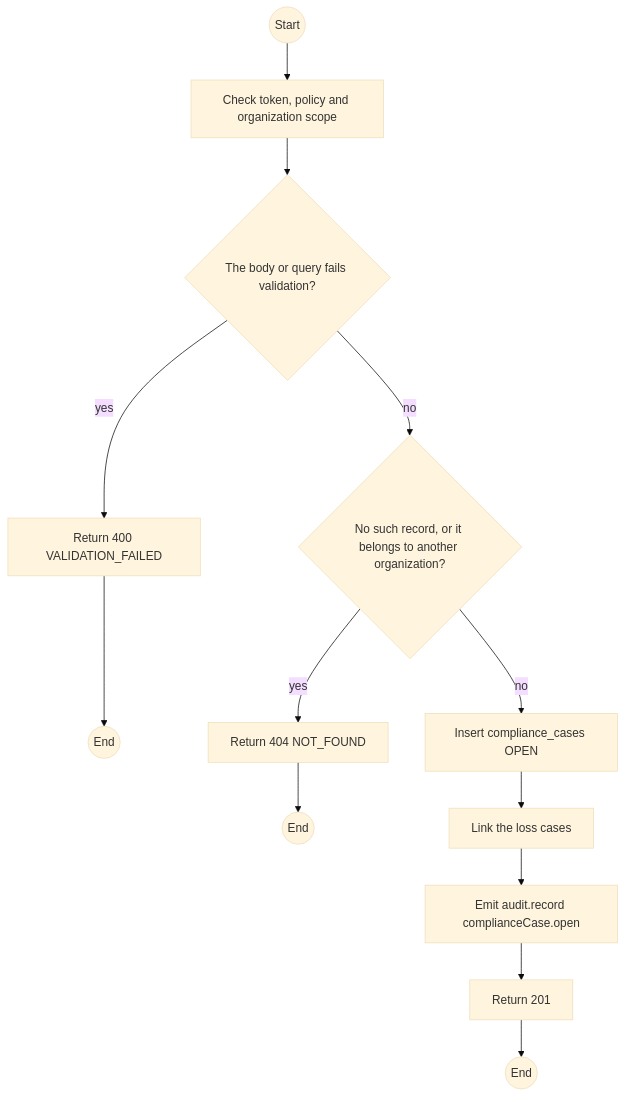
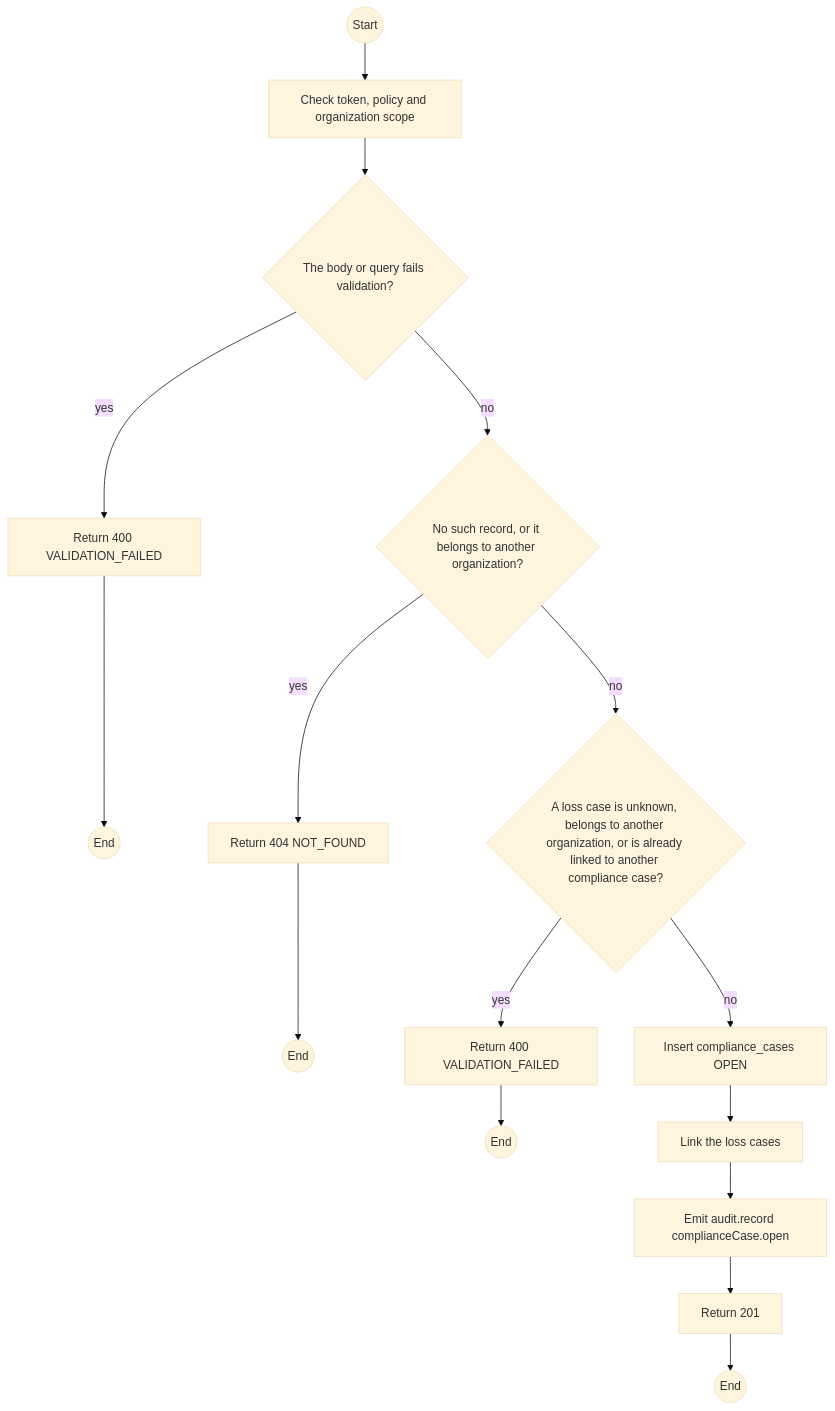
Before and after one commit to TrekLink-Team/treklink-web: the first of 2 diagrams in specs/organizations/api-design/29-post-organizations-id-compliance-cases.md, drawn with Mermaid (base theme). The commit also changed other lines of this file and 8 other files, not shown here.

First line of the commit message:
docs(TK-176): record openOrLink and the loss case port, and add the missing error rows of roster api-design 17 to 19

````diff
--- a/specs/organizations/api-design/29-post-organizations-id-compliance-cases.md
+++ b/specs/organizations/api-design/29-post-organizations-id-compliance-cases.md
@@ -157,25 +174,30 @@
 ```mermaid
 flowchart TB
     S((Start))
     A0["Check token, policy and organization scope"]
     S --> A0
     D1{"The body or query fails validation?"}
     A0 --> D1
     E1["Return 400 VALIDATION_FAILED"]
     D1 -->|yes| E1
     E1 --> X1((End))
     D2{"No such record, or it belongs to another organization?"}
     D1 -->|no| D2
     E2["Return 404 NOT_FOUND"]
     D2 -->|yes| E2
     E2 --> X2((End))
+    D3{"A loss case is unknown, belongs to another organization, or is already linked to another compliance case?"}
+    D2 -->|no| D3
+    E3["Return 400 VALIDATION_FAILED"]
+    D3 -->|yes| E3
+    E3 --> X3((End))
     P0["Insert compliance_cases OPEN"]
-    D2 -->|no| P0
+    D3 -->|no| P0
     P1["Link the loss cases"]
     P0 --> P1
     P2["Emit audit.record complianceCase.open"]
     P1 --> P2
     OK["Return 201"]
     P2 --> OK
     OK --> Z((End))
 ```
````
